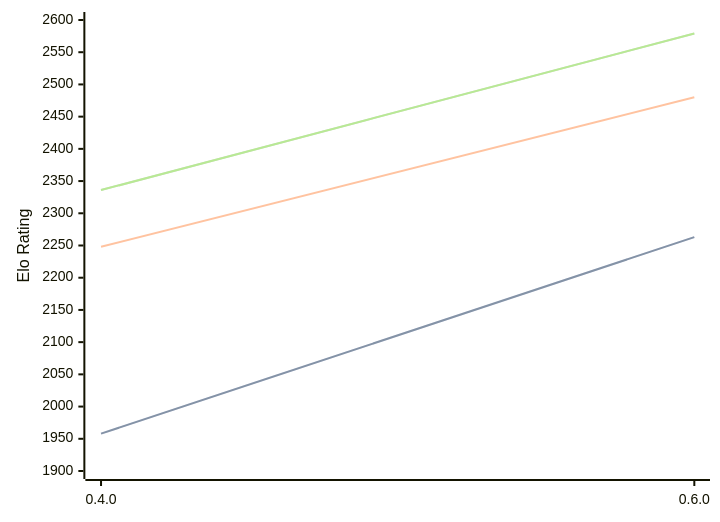
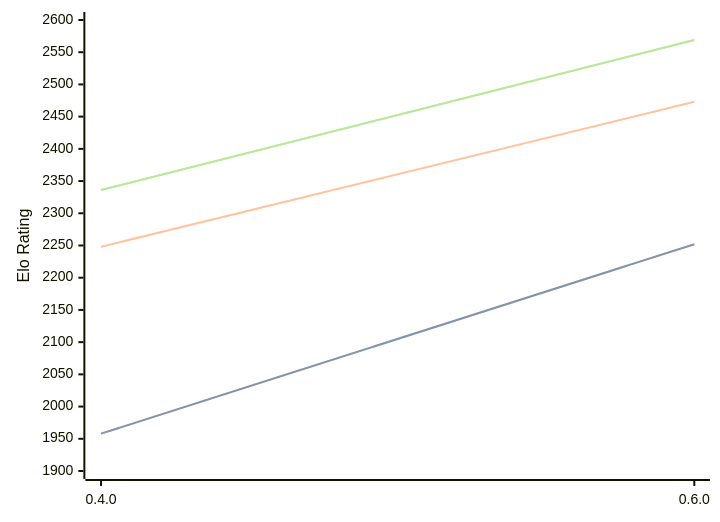
Before and after one commit to computer-chess-index/cci: the diagram in engines/Ariadne.md, drawn with Mermaid. The commit also changed other lines of this file, not shown here.

Commit message:
Update CCI Ratings (ELO VLTC) - 2026-09-01

````diff
--- a/engines/Ariadne.md
+++ b/engines/Ariadne.md
@@ -36,11 +36,11 @@
 ```mermaid
 %%{init: {"theme":"base","themeVariables":{"seriesColors:['#a3a3a3','#222221','#faa371']}}}%%
 xychart-beta
   x-axis ["0.4.0", "0.6.0"]
   y-axis "Elo Rating" 1900 --> 2600
-  line "" [1958, 2263]
-  line "STC (8.0+0.08s)" [1958, 2263]
-  line "LTC (60.0+0.60s)" [2248, 2480]
-  line "" [2336, 2579]
-  line "VLTC (2m24s+1.12s)" [2336, 2579]
+  line "" [1958, 2252]
+  line "STC (8.0+0.08s)" [1958, 2252]
+  line "LTC (60.0+0.60s)" [2248, 2473]
+  line "" [2336, 2569]
+  line "VLTC (2m24s+1.12s)" [2336, 2569]
 ```
````
